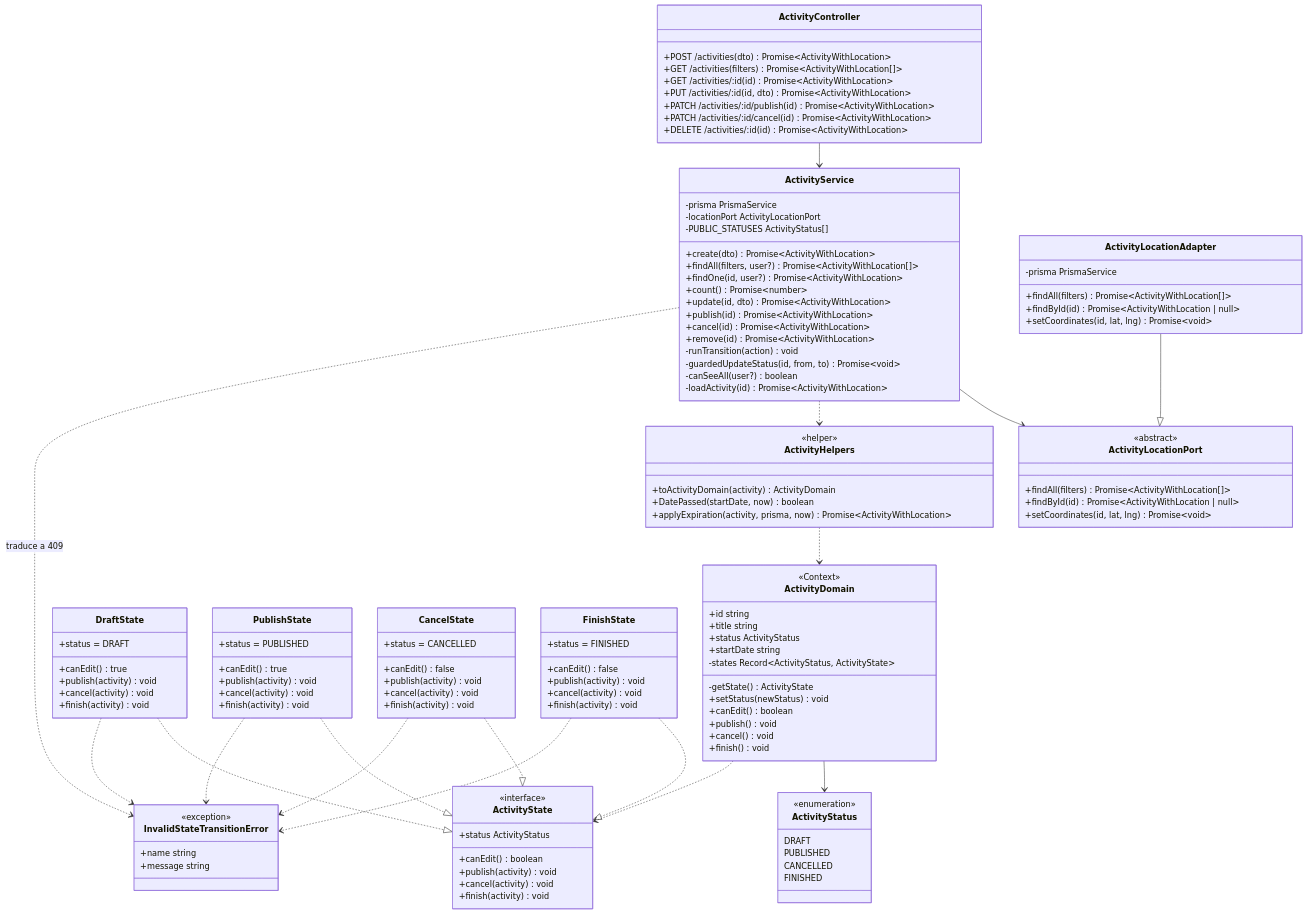
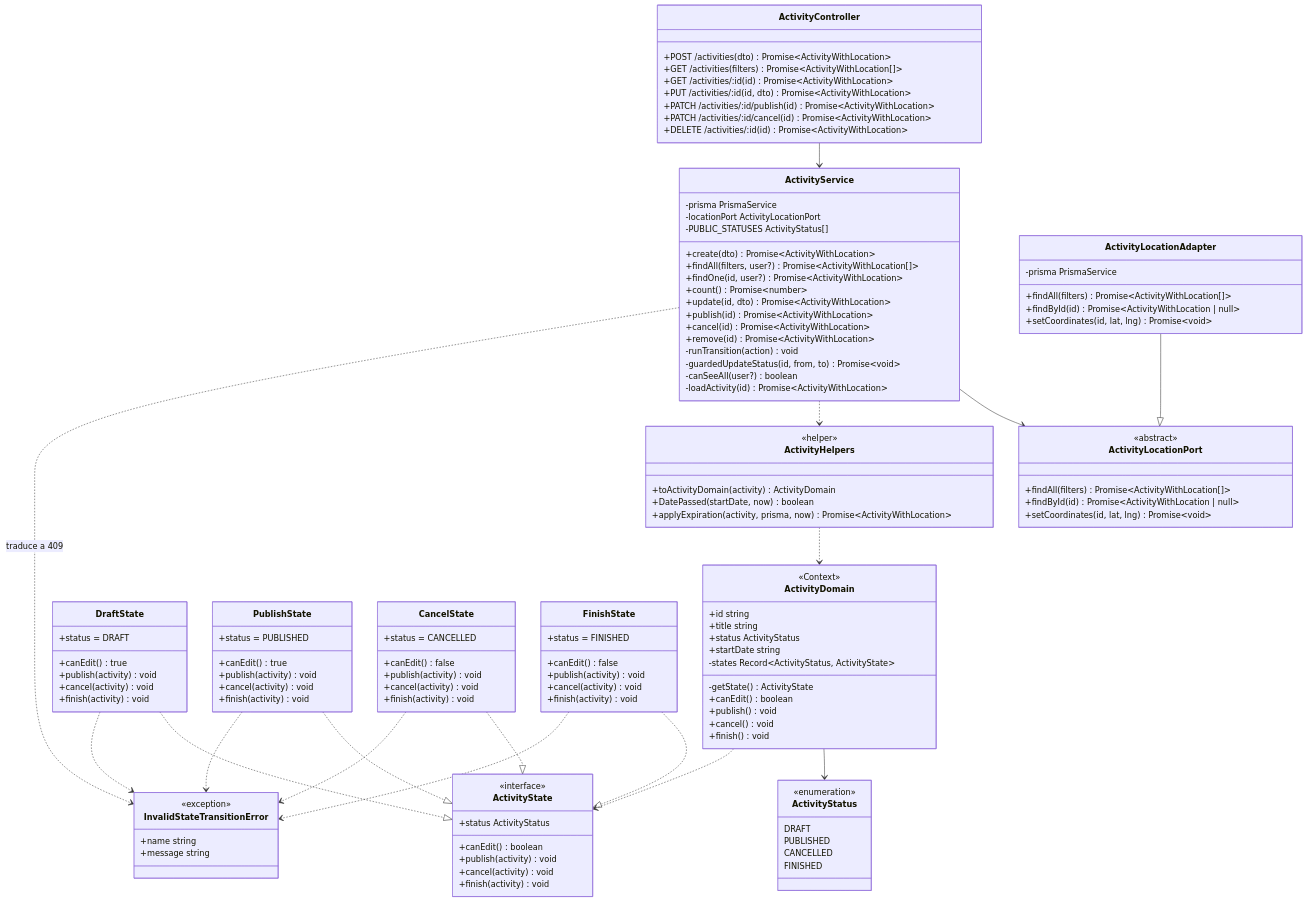
The second of 2 diagrams in docs/patrones-comportamentales/justificacion.md (CaroDevs/Grupo1_Reto1_EventosMedellin), drawn with Mermaid before and after one commit.

Commit message:
Update justificacion State.md

```diff
--- a/docs/patrones-comportamentales/justificacion.md
+++ b/docs/patrones-comportamentales/justificacion.md
@@ -156,7 +156,6 @@
         +startDate string
         -states Record~ActivityStatus, ActivityState~
         -getState() ActivityState
-        +setStatus(newStatus) void
         +canEdit() boolean
         +publish() void
         +cancel() void
```
